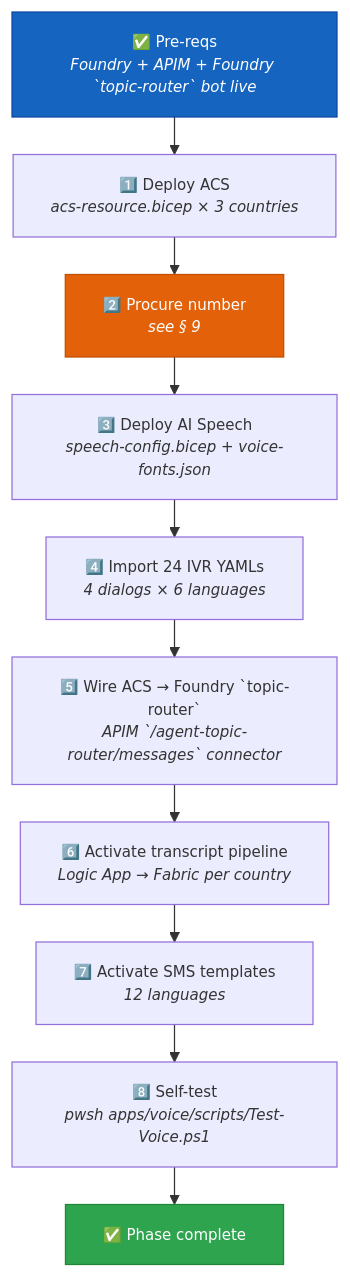
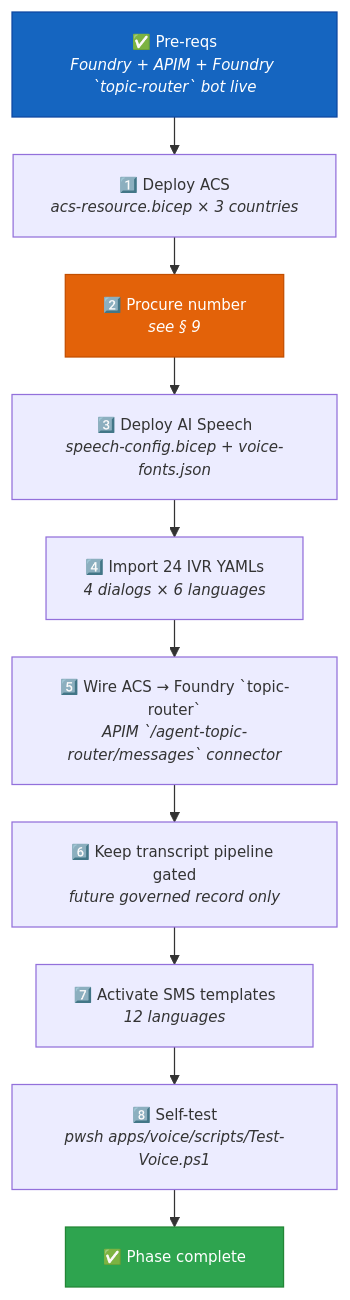
The fifth of 6 diagrams in docs/biz/voice.md (fredgis/UDCSP), drawn with Mermaid before and after one commit. The commit also changed other lines of this file and 105 other files, not shown here.

````diff
--- a/docs/biz/voice.md
+++ b/docs/biz/voice.md
@@ -459,20 +460,20 @@
 ```mermaid
 %%{ init: { 'flowchart': { 'nodeSpacing': 25, 'rankSpacing': 30 }, 'themeVariables': { 'fontSize': '12px' } } }%%
 flowchart TB
     P0["✅ Pre-reqs<br/><i>Foundry + APIM + Foundry `topic-router` bot live</i>"]
     P1["1️⃣ Deploy ACS<br/><i>acs-resource.bicep × 3 countries</i>"]
     P2["2️⃣ Procure number<br/><i>see § 9</i>"]
     P3["3️⃣ Deploy AI Speech<br/><i>speech-config.bicep + voice-fonts.json</i>"]
     P4["4️⃣ Import 24 IVR YAMLs<br/><i>4 dialogs × 6 languages</i>"]
     P5["5️⃣ Wire ACS → Foundry `topic-router`<br/><i>APIM `/agent-topic-router/messages` connector</i>"]
-    P6["6️⃣ Activate transcript pipeline<br/><i>Logic App → Fabric per country</i>"]
+    P6["6️⃣ Keep transcript pipeline gated<br/><i>future governed record only</i>"]
     P7["7️⃣ Activate SMS templates<br/><i>12 languages</i>"]
     P8["8️⃣ Self-test<br/><i>pwsh apps/voice/scripts/Test-Voice.ps1</i>"]
     P9["✅ Phase complete"]
 
     P0 --> P1 --> P2 --> P3 --> P4 --> P5 --> P6 --> P7 --> P8 --> P9
 
     style P0 fill:#1565c0,stroke:#0d47a1,color:#fff
     style P9 fill:#2ea44f,stroke:#238636,color:#fff
     style P2 fill:#e36209,stroke:#c24e00,color:#fff
 ```
````
